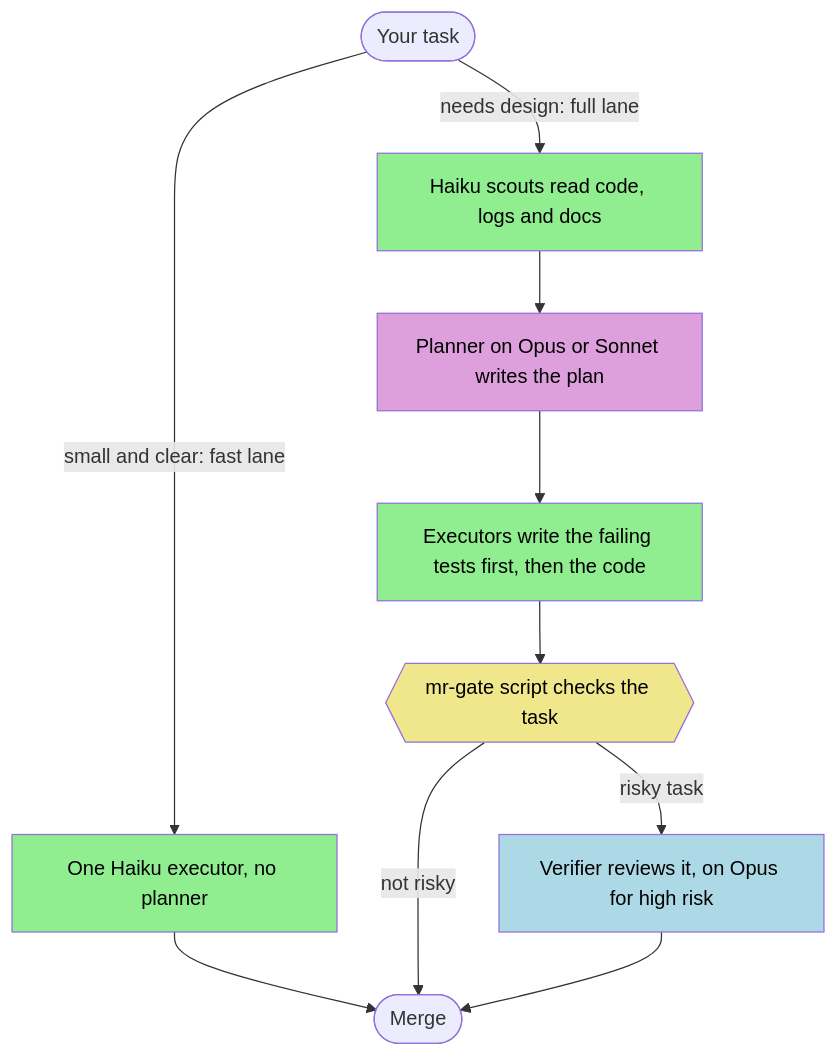
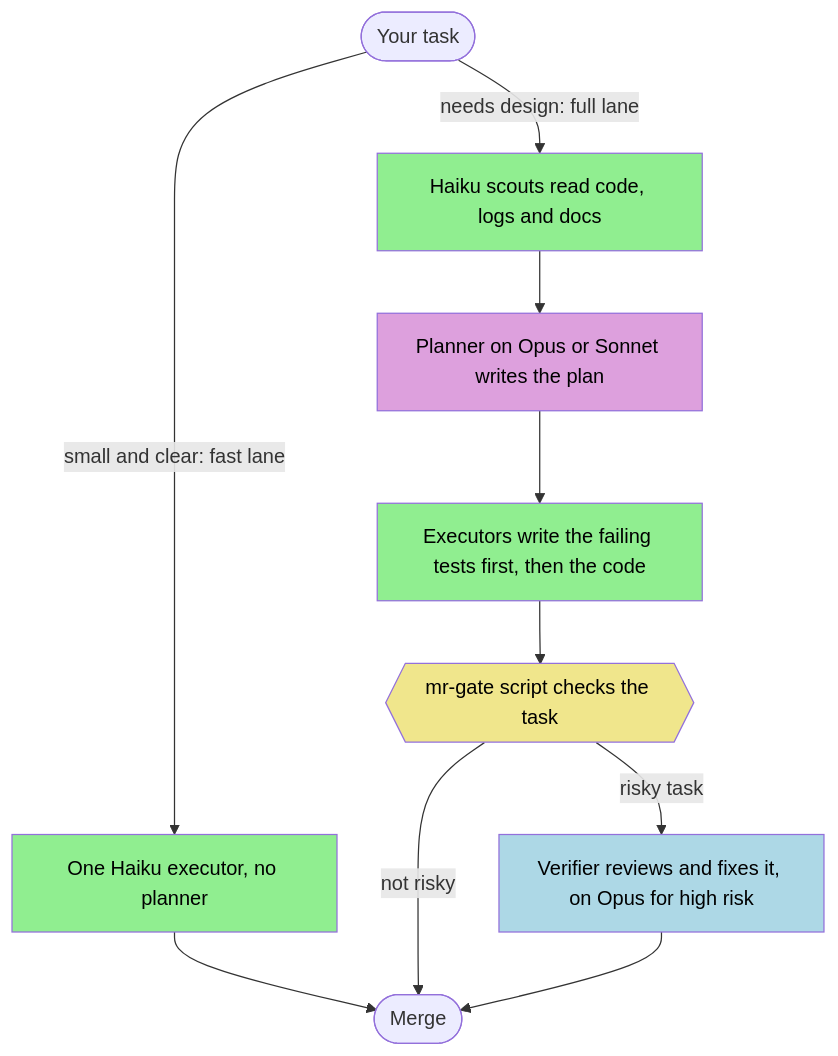
One commit to Alirezajalilii/claude-model-routing changed the diagram in README.md. Above: the diagram before and after it, drawn with Mermaid. The commit also changed other lines of this file, not shown here.

````diff
--- a/README.md
+++ b/README.md
@@ -67,20 +67,20 @@
 ```mermaid
 flowchart TD
     task(["Your task"]) -->|"small and clear: fast lane"| fast["One Haiku executor, no planner"]
     task -->|"needs design: full lane"| scouts["Haiku scouts read code, logs and docs"]
     fast --> merge(["Merge"])
     scouts --> plan["Planner on Opus or Sonnet writes the plan"]
     plan --> exec["Executors write the failing tests first, then the code"]
     exec --> gate{{"mr-gate script checks the task"}}
-    gate -->|"risky task"| review["Verifier reviews it, on Opus for high risk"]
+    gate -->|"risky task"| review["Verifier reviews and fixes it, on Opus for high risk"]
     gate -->|"not risky"| merge
     review --> merge
     classDef haiku fill:lightgreen,color:black
     classDef sonnet fill:lightblue,color:black
     classDef opus fill:plum,color:black
     classDef script fill:khaki,color:black
     class fast,scouts,exec haiku
     class review sonnet
     class plan opus
     class gate script
 ```
````
